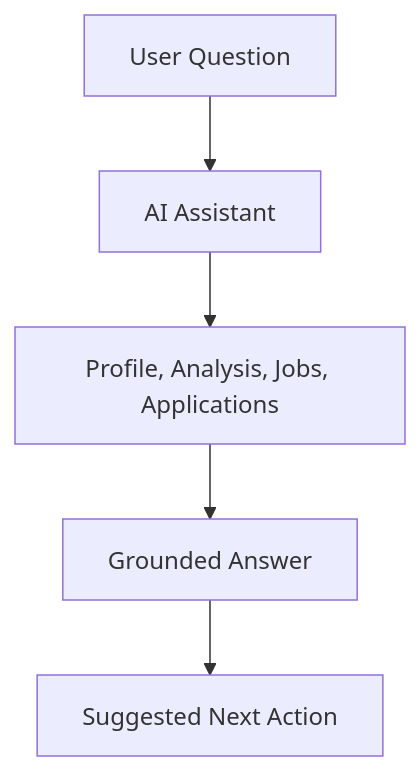
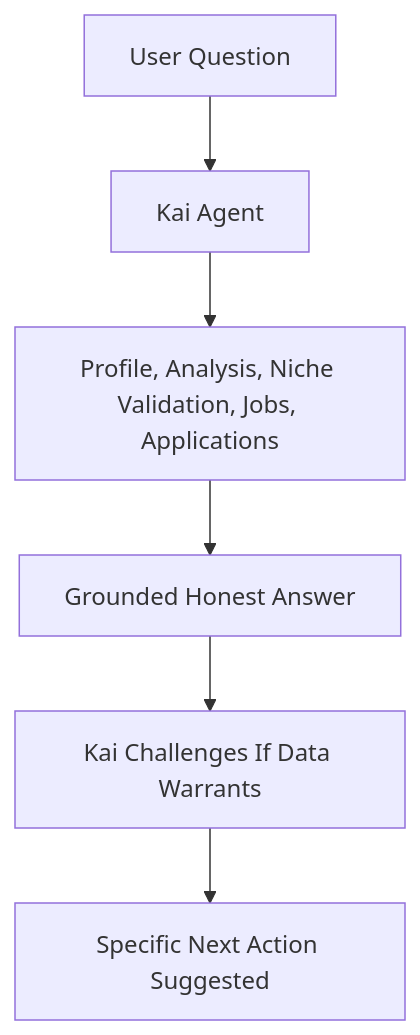
The fourth of 6 diagrams in docs/MVP_USER_JOURNEYS.md (Mirzzie/Fadi), drawn with Mermaid before and after one commit. The commit also changed other lines of this file and 65 other files, not shown here.

First line of the commit message:
docs: update architecture docs for Better Auth, Kai, and data sources

````diff
--- a/docs/MVP_USER_JOURNEYS.md
+++ b/docs/MVP_USER_JOURNEYS.md
@@ -107,7 +112,8 @@
 ```mermaid
 flowchart TD
-    User[User Question] --> Assistant[AI Assistant]
-    Assistant --> Context[Profile, Analysis, Jobs, Applications]
-    Context --> Response[Grounded Answer]
-    Response --> Action[Suggested Next Action]
+    User[User Question] --> Assistant[Kai Agent]
+    Assistant --> Context[Profile, Analysis, Niche Validation, Jobs, Applications]
+    Context --> Response[Grounded Honest Answer]
+    Response --> Challenge[Kai Challenges If Data Warrants]
+    Challenge --> Action[Specific Next Action Suggested]
 ```
````
